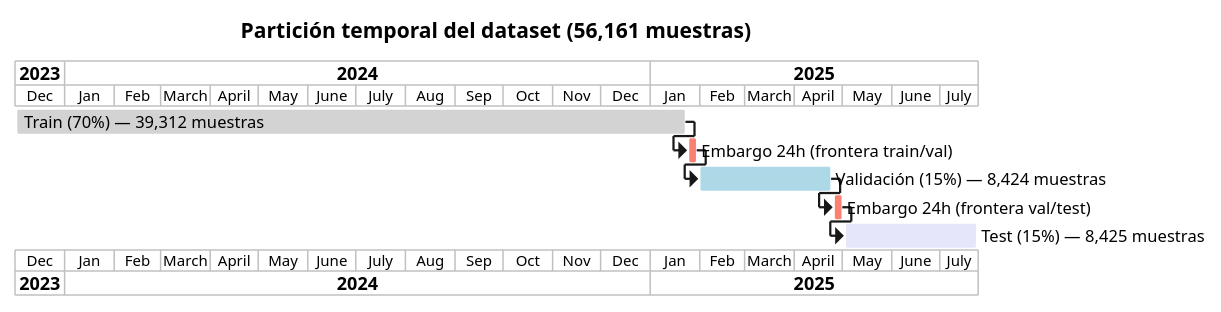
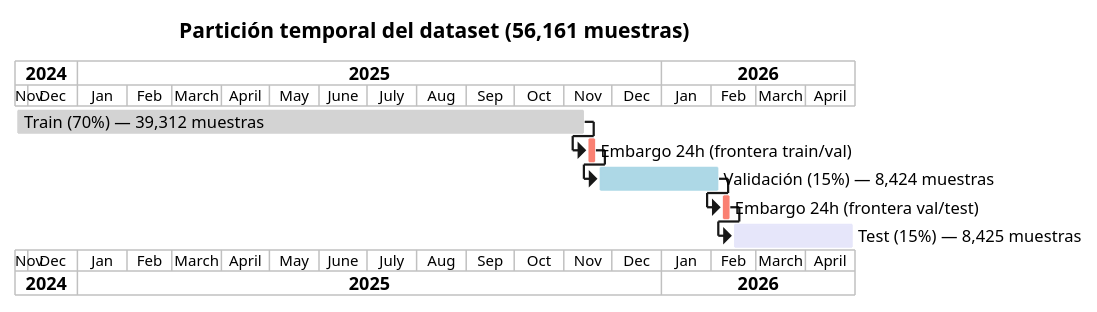
One commit to alejandrogonzalz/trading_management changed the diagram in public/figures/src/fig_temporal_split.puml. Above: the diagram before and after it, drawn with PlantUML. The commit also changed 4 other files, not shown here.

```diff
--- a/public/figures/src/fig_temporal_split.puml
+++ b/public/figures/src/fig_temporal_split.puml
@@ -1,23 +1,23 @@
 @startgantt
 title Partición temporal del dataset (56,161 muestras)
 printscale monthly
 skinparam shadowing false
 
-Project starts 2023-12-01
+Project starts 2024-11-23
 
-[Train (70%) — 39,312 muestras] lasts 60 weeks
+[Train (70%) — 39,312 muestras] lasts 51 weeks
 [Embargo 24h (frontera train/val)] lasts 1 weeks
 [Embargo 24h (frontera train/val)] starts at [Train (70%) — 39,312 muestras]'s end
-[Validación (15%) — 8,424 muestras] lasts 12 weeks
+[Validación (15%) — 8,424 muestras] lasts 11 weeks
 [Validación (15%) — 8,424 muestras] starts at [Embargo 24h (frontera train/val)]'s end
 [Embargo 24h (frontera val/test)] lasts 1 weeks
 [Embargo 24h (frontera val/test)] starts at [Validación (15%) — 8,424 muestras]'s end
-[Test (15%) — 8,425 muestras] lasts 12 weeks
+[Test (15%) — 8,425 muestras] lasts 11 weeks
 [Test (15%) — 8,425 muestras] starts at [Embargo 24h (frontera val/test)]'s end
 
 [Train (70%) — 39,312 muestras] is colored in LightGray
 [Embargo 24h (frontera train/val)] is colored in Salmon
 [Validación (15%) — 8,424 muestras] is colored in LightBlue
 [Embargo 24h (frontera val/test)] is colored in Salmon
 [Test (15%) — 8,425 muestras] is colored in Lavender
 @endgantt
```
